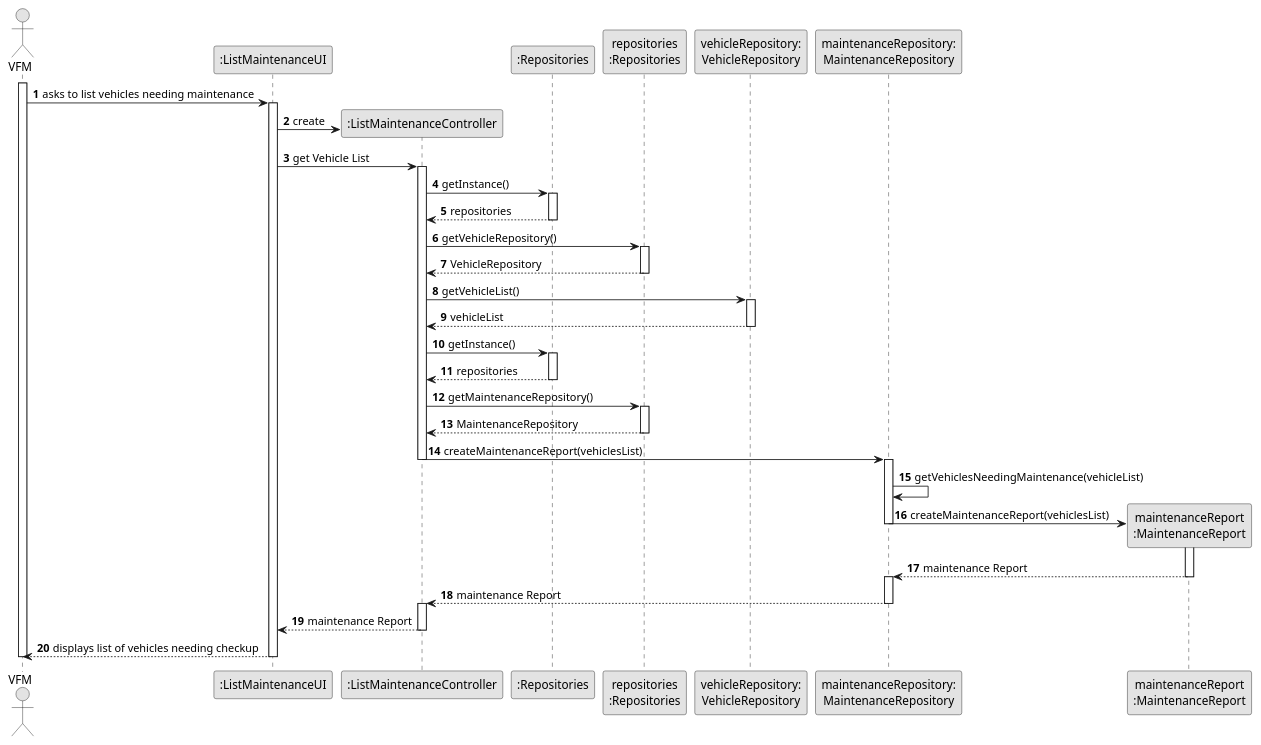
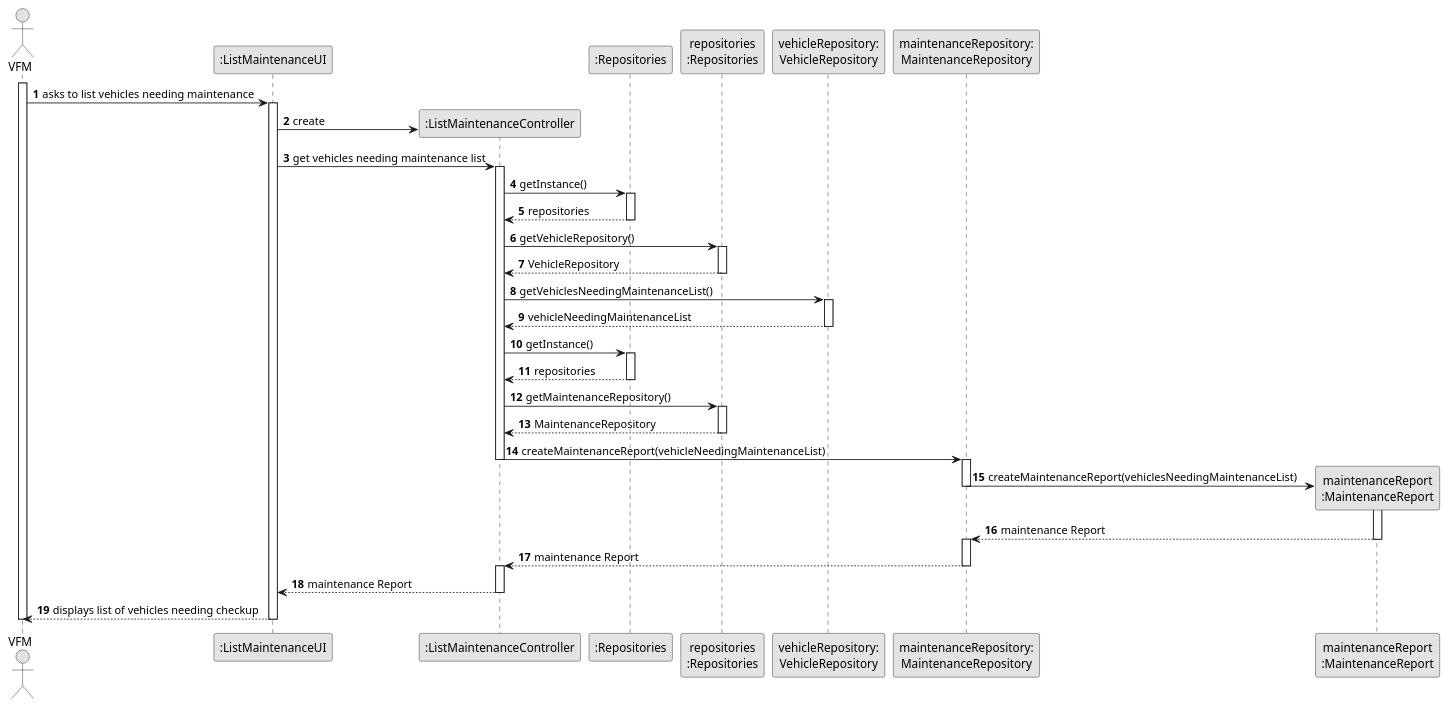
One commit to ricardomm7/leaflink changed the diagram in docs/sprintB/us008/03.design/puml/us008-sequence-diagram-full.puml. Above: the diagram before and after it, drawn with PlantUML. The commit also changed 18 other files, not shown here.

```diff
--- a/docs/sprintB/us008/03.design/puml/us008-sequence-diagram-full.puml
+++ b/docs/sprintB/us008/03.design/puml/us008-sequence-diagram-full.puml
@@ -1,88 +1,87 @@
 @startuml
 skinparam monochrome true
 skinparam packageStyle rectangle
 skinparam shadowing false
 
 autonumber
 
 'hide footbox
 actor "VFM" as VFM
 participant ":ListMaintenanceUI" as UI
 participant ":ListMaintenanceController" as CTRL
 participant ":Repositories" as RepositorySingleton
 participant "repositories\n:Repositories" as PLAT
 participant "vehicleRepository:\nVehicleRepository" as VehicleRepository
 participant "maintenanceRepository:\nMaintenanceRepository" as MaintenanceRepository
 participant "maintenanceReport\n:MaintenanceReport" as MaintenanceReport
 
 activate VFM
 
     VFM -> UI : asks to list vehicles needing maintenance
     activate UI
 
         UI -> CTRL** : create
 
-        UI -> CTRL : get Vehicle List
+        UI -> CTRL : get vehicles needing maintenance list
         activate CTRL
 
             CTRL -> RepositorySingleton : getInstance()
             activate RepositorySingleton
 
                 RepositorySingleton --> CTRL: repositories
             deactivate RepositorySingleton
 
             CTRL -> PLAT : getVehicleRepository()
             activate PLAT
 
                 PLAT --> CTRL: VehicleRepository
             deactivate PLAT
 
-            CTRL -> VehicleRepository : getVehicleList()
+            CTRL -> VehicleRepository : getVehiclesNeedingMaintenanceList()
             activate VehicleRepository
 
-                VehicleRepository --> CTRL : vehicleList
+                VehicleRepository --> CTRL : vehicleNeedingMaintenanceList
             deactivate VehicleRepository
 
 
                 CTRL -> RepositorySingleton : getInstance()
                 activate RepositorySingleton
 
                     RepositorySingleton --> CTRL: repositories
                 deactivate RepositorySingleton
 
                 CTRL -> PLAT : getMaintenanceRepository()
                 activate PLAT
 
                     PLAT --> CTRL: MaintenanceRepository
                 deactivate PLAT
 
 
-                CTRL -> MaintenanceRepository : createMaintenanceReport(vehiclesList)
+                CTRL -> MaintenanceRepository : createMaintenanceReport(vehicleNeedingMaintenanceList)
                 deactivate CTRL
                 activate MaintenanceRepository
 
-                MaintenanceRepository -> MaintenanceRepository: getVehiclesNeedingMaintenance(vehicleList)
 
-                    MaintenanceRepository -> MaintenanceReport **: createMaintenanceReport(vehiclesList)
+                    MaintenanceRepository -> MaintenanceReport **: createMaintenanceReport(vehiclesNeedingMaintenanceList)
                     deactivate MaintenanceRepository
                     activate MaintenanceReport
 
                     MaintenanceReport --> MaintenanceRepository : maintenance Report
                     deactivate MaintenanceReport
 
                     activate MaintenanceRepository
 
                 MaintenanceRepository --> CTRL : maintenance Report
                 deactivate MaintenanceRepository
 
             activate CTRL
 
             CTRL --> UI : maintenance Report
             deactivate CTRL
 
         UI --> VFM : displays list of vehicles needing checkup
     deactivate UI
 
 deactivate VFM
 
 @enduml
```
